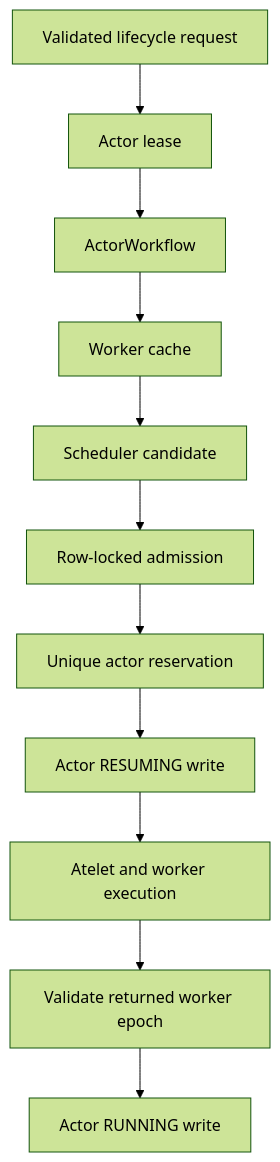
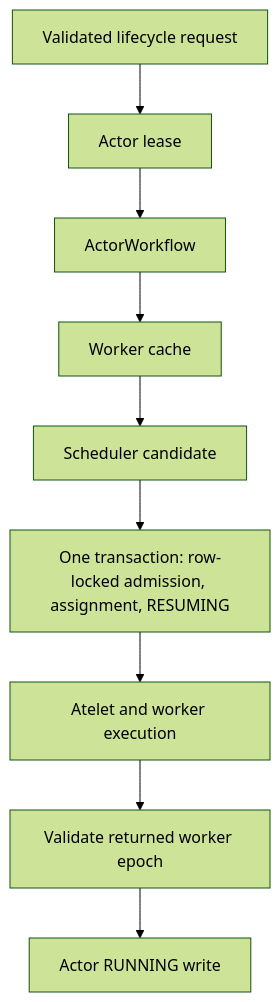
The diagram in book/figures/03-placement-consistency-01.mmd (aroradaman/substrate), drawn with Mermaid (forest theme) before and after one commit. The commit also changed 35 other files, not shown here.

```diff
--- a/book/figures/03-placement-consistency-01.mmd
+++ b/book/figures/03-placement-consistency-01.mmd
@@ -1,11 +1,9 @@
 flowchart TB
     Request[Validated lifecycle request] --> Lease[Actor lease]
     Lease --> Workflow[ActorWorkflow]
     Workflow --> Cache[Worker cache]
     Cache --> Pick[Scheduler candidate]
-    Pick --> Admit[Row-locked admission]
-    Admit --> Reserve[Unique actor reservation]
-    Reserve --> State[Actor RESUMING write]
-    State --> Node[Atelet and worker execution]
+    Pick --> Bind[One transaction: row-locked admission, assignment, RESUMING]
+    Bind --> Node[Atelet and worker execution]
     Node --> Epoch[Validate returned worker epoch]
     Epoch --> Running[Actor RUNNING write]
```
